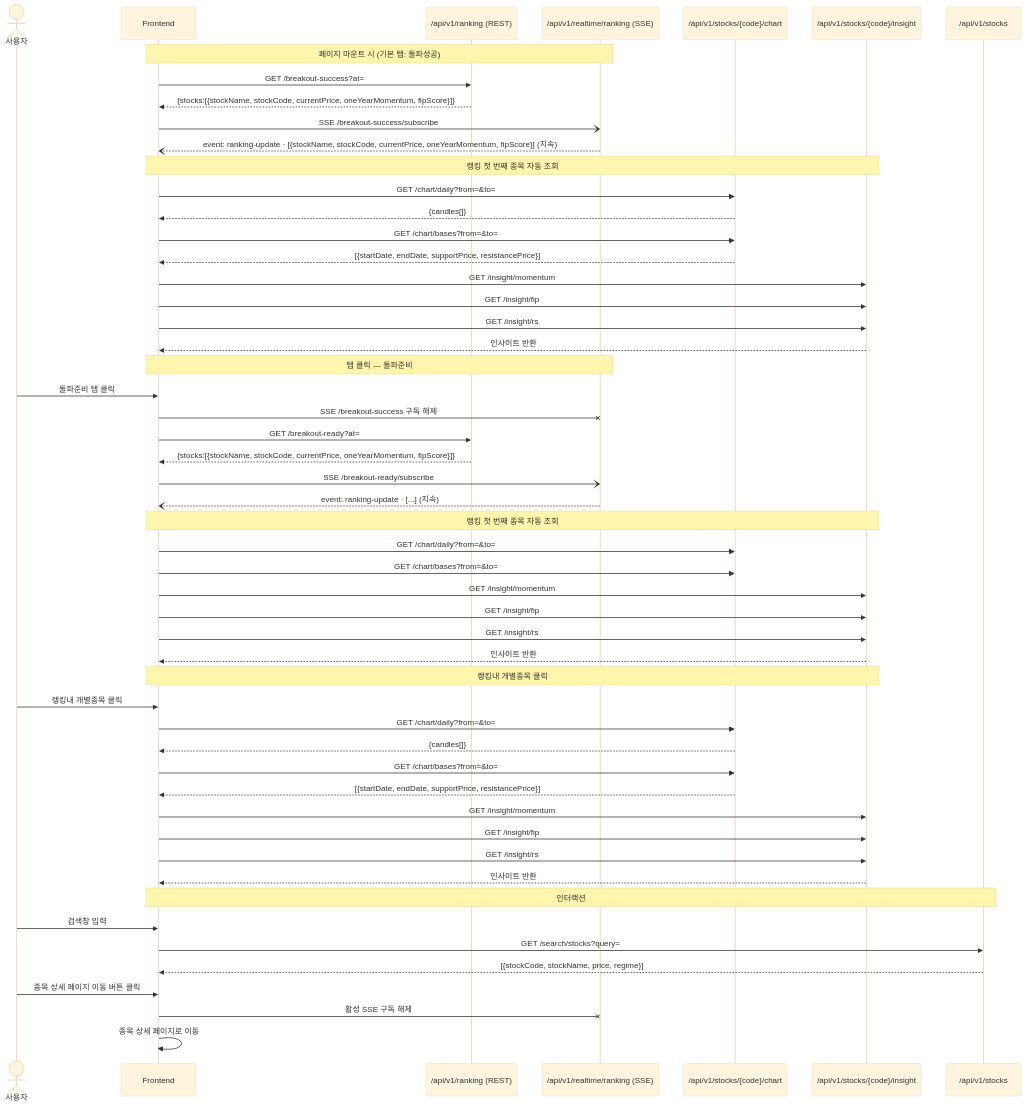
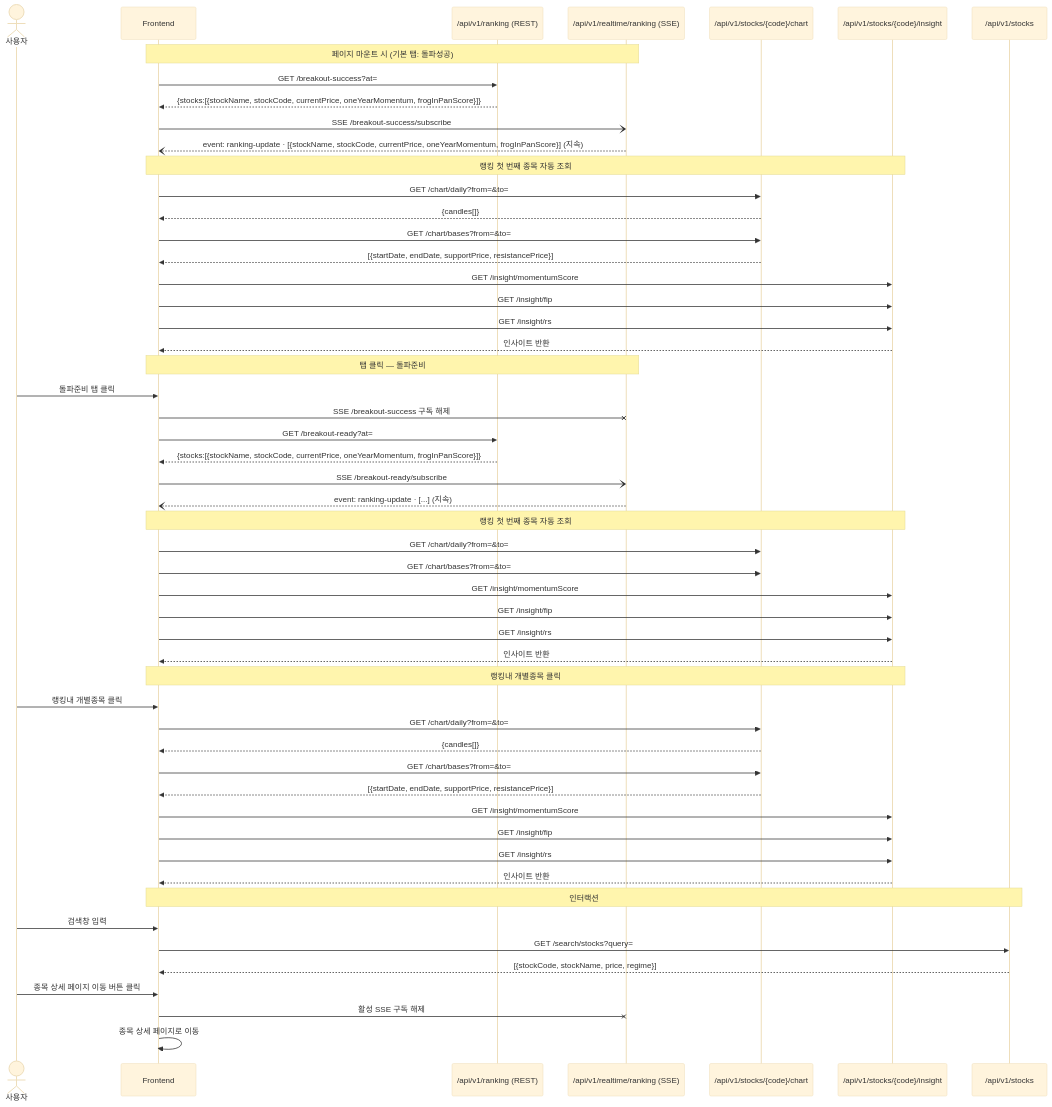
One commit to Burning-In/backend changed the third of 7 diagrams in docs/시퀀스 다이어그램.md. Above: the diagram before and after it, drawn with Mermaid (base theme). The commit also changed other lines of this file and 17 other files, not shown here.

````diff
--- a/docs/시퀀스 다이어그램.md
+++ b/docs/시퀀스 다이어그램.md
@@ -85,61 +85,61 @@
 ```mermaid
 sequenceDiagram
     actor U as 사용자
     participant FE as Frontend
     participant RANK_REST as /api/v1/ranking (REST)
     participant RANK_SSE as /api/v1/realtime/ranking (SSE)
     participant CHART as /api/v1/stocks/{code}/chart
     participant INSIGHT as /api/v1/stocks/{code}/insight
     participant STOCK as /api/v1/stocks
 
     Note over FE,RANK_SSE: 페이지 마운트 시 (기본 탭: 돌파성공)
     FE->>RANK_REST: GET /breakout-success?at=
-    RANK_REST-->>FE: {stocks:[{stockName, stockCode, currentPrice, oneYearMomentum, fipScore}]}
+    RANK_REST-->>FE: {stocks:[{stockName, stockCode, currentPrice, oneYearMomentum, frogInPanScore}]}
     FE-)RANK_SSE: SSE /breakout-success/subscribe
-    RANK_SSE--)FE: event: ranking-update · [{stockName, stockCode, currentPrice, oneYearMomentum, fipScore}] (지속)
+    RANK_SSE--)FE: event: ranking-update · [{stockName, stockCode, currentPrice, oneYearMomentum, frogInPanScore}] (지속)
 
     Note over FE,INSIGHT: 랭킹 첫 번째 종목 자동 조회
     FE->>CHART: GET /chart/daily?from=&to=
     CHART-->>FE: {candles[]}
     FE->>CHART: GET /chart/bases?from=&to=
     CHART-->>FE: [{startDate, endDate, supportPrice, resistancePrice}]
-    FE->>INSIGHT: GET /insight/momentum
+    FE->>INSIGHT: GET /insight/momentumScore
     FE->>INSIGHT: GET /insight/fip
     FE->>INSIGHT: GET /insight/rs
     INSIGHT-->>FE: 인사이트 반환
 
     Note over FE,RANK_SSE: 탭 클릭 — 돌파준비
     U->>FE: 돌파준비 탭 클릭
     FE-xRANK_SSE: SSE /breakout-success 구독 해제
     FE->>RANK_REST: GET /breakout-ready?at=
-    RANK_REST-->>FE: {stocks:[{stockName, stockCode, currentPrice, oneYearMomentum, fipScore}]}
+    RANK_REST-->>FE: {stocks:[{stockName, stockCode, currentPrice, oneYearMomentum, frogInPanScore}]}
     FE-)RANK_SSE: SSE /breakout-ready/subscribe
     RANK_SSE--)FE: event: ranking-update · [...] (지속)
     Note over FE,INSIGHT: 랭킹 첫 번째 종목 자동 조회
     FE->>CHART: GET /chart/daily?from=&to=
     FE->>CHART: GET /chart/bases?from=&to=
-    FE->>INSIGHT: GET /insight/momentum
+    FE->>INSIGHT: GET /insight/momentumScore
     FE->>INSIGHT: GET /insight/fip
     FE->>INSIGHT: GET /insight/rs
     INSIGHT-->>FE: 인사이트 반환
 
     Note over FE,INSIGHT: 랭킹내 개별종목 클릭
     U->>FE: 랭킹내 개별종목 클릭
     FE->>CHART: GET /chart/daily?from=&to=
     CHART-->>FE: {candles[]}
     FE->>CHART: GET /chart/bases?from=&to=
     CHART-->>FE: [{startDate, endDate, supportPrice, resistancePrice}]
-    FE->>INSIGHT: GET /insight/momentum
+    FE->>INSIGHT: GET /insight/momentumScore
     FE->>INSIGHT: GET /insight/fip
     FE->>INSIGHT: GET /insight/rs
     INSIGHT-->>FE: 인사이트 반환
 
     Note over FE,STOCK: 인터랙션
     U->>FE: 검색창 입력
     FE->>STOCK: GET /search/stocks?query=
     STOCK-->>FE: [{stockCode, stockName, price, regime}]
 
     U->>FE: 종목 상세 페이지 이동 버튼 클릭
     FE-xRANK_SSE: 활성 SSE 구독 해제
     FE->>FE: 종목 상세 페이지로 이동
 ```
````
